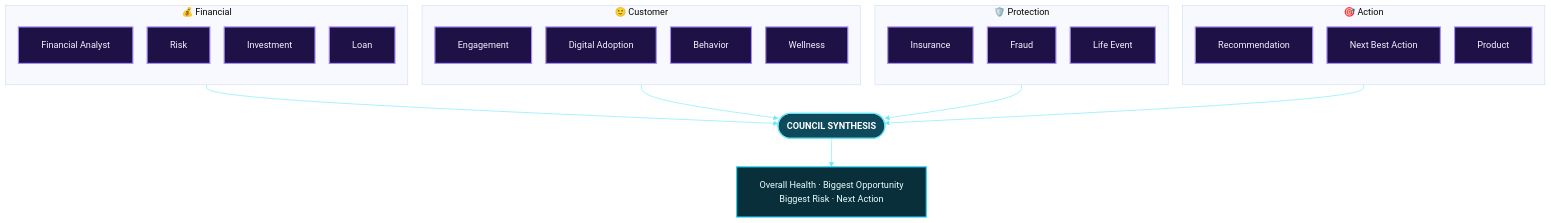
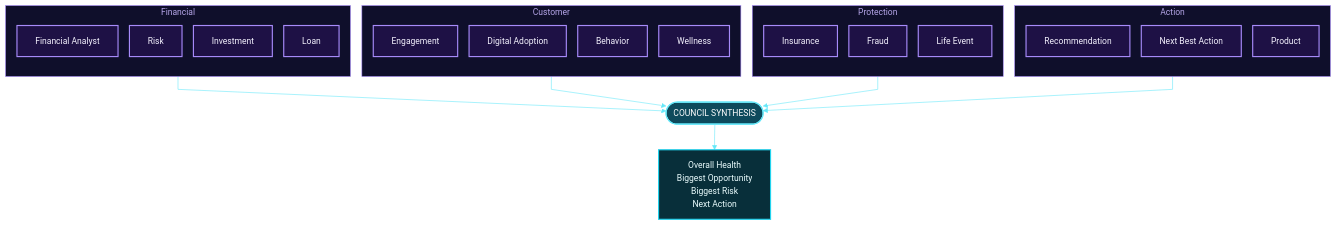
Diagram 11 of 17 in README.md (Mansi232323/MANSHORA), drawn with Mermaid before and after one commit. The commit also changed other lines of this file, not shown here.

````diff
--- a/README.md
+++ b/README.md
@@ -266,42 +375,41 @@
 ```mermaid
-%%{init: {'theme':'base','themeVariables':{'fontSize':'16px','fontFamily':'Arial, Helvetica, sans-serif','lineColor':'#67e8f9'},'flowchart':{'htmlLabels':true,'nodeSpacing':25,'rankSpacing':50,'padding':20,'wrappingWidth':260}}}%%
+%%{init: {'theme':'base','themeVariables':{'fontSize':'15px','fontFamily':'Arial, Helvetica, sans-serif','primaryColor':'#1e1145','primaryTextColor':'#f5f3ff','primaryBorderColor':'#a78bfa','lineColor':'#67e8f9','textColor':'#f5f3ff','edgeLabelBackground':'#1e1145','clusterBkg':'#0f0f2b','clusterBorder':'#a78bfa'},'flowchart':{'htmlLabels':true,'nodeSpacing':20,'rankSpacing':45,'padding':16,'curve':'linear'}}}%%
 flowchart TB
-    subgraph G1["💰 Financial"]
+    subgraph G1["Financial"]
         direction TB
         a1["Financial Analyst"]
         a2["Risk"]
         a3["Investment"]
         a4["Loan"]
     end
-    subgraph G2["🙂 Customer"]
+    subgraph G2["Customer"]
         direction TB
         a5["Engagement"]
         a6["Digital Adoption"]
         a7["Behavior"]
         a8["Wellness"]
     end
-    subgraph G3["🛡️ Protection"]
+    subgraph G3["Protection"]
         direction TB
         a9["Insurance"]
         a10["Fraud"]
         a11["Life Event"]
     end
-    subgraph G4["🎯 Action"]
+    subgraph G4["Action"]
         direction TB
         a12["Recommendation"]
         a13["Next Best Action"]
         a14["Product"]
     end
     G1 --> S
     G2 --> S
     G3 --> S
     G4 --> S
-    S(["<b>COUNCIL SYNTHESIS</b>"])
-    S --> R["Overall Health · Biggest Opportunity<br/>Biggest Risk · Next Action"]
+    S(["COUNCIL SYNTHESIS"]) --> R["Overall Health<br/>Biggest Opportunity<br/>Biggest Risk<br/>Next Action"]
     classDef agent fill:#1e1145,stroke:#a78bfa,stroke-width:2px,color:#f5f3ff
     classDef core fill:#0e4a5c,stroke:#67e8f9,stroke-width:2px,color:#ffffff
     classDef out fill:#082f3a,stroke:#22d3ee,stroke-width:2px,color:#ecfeff
     class a1,a2,a3,a4,a5,a6,a7,a8,a9,a10,a11,a12,a13,a14 agent
     class S core
     class R out
 ```
````
